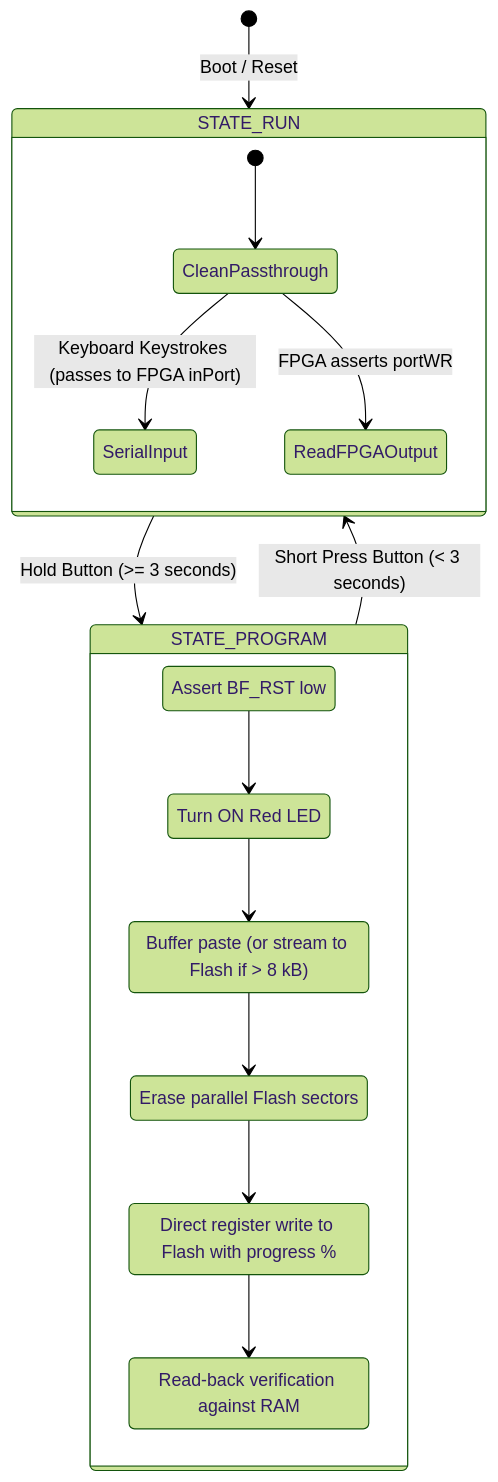
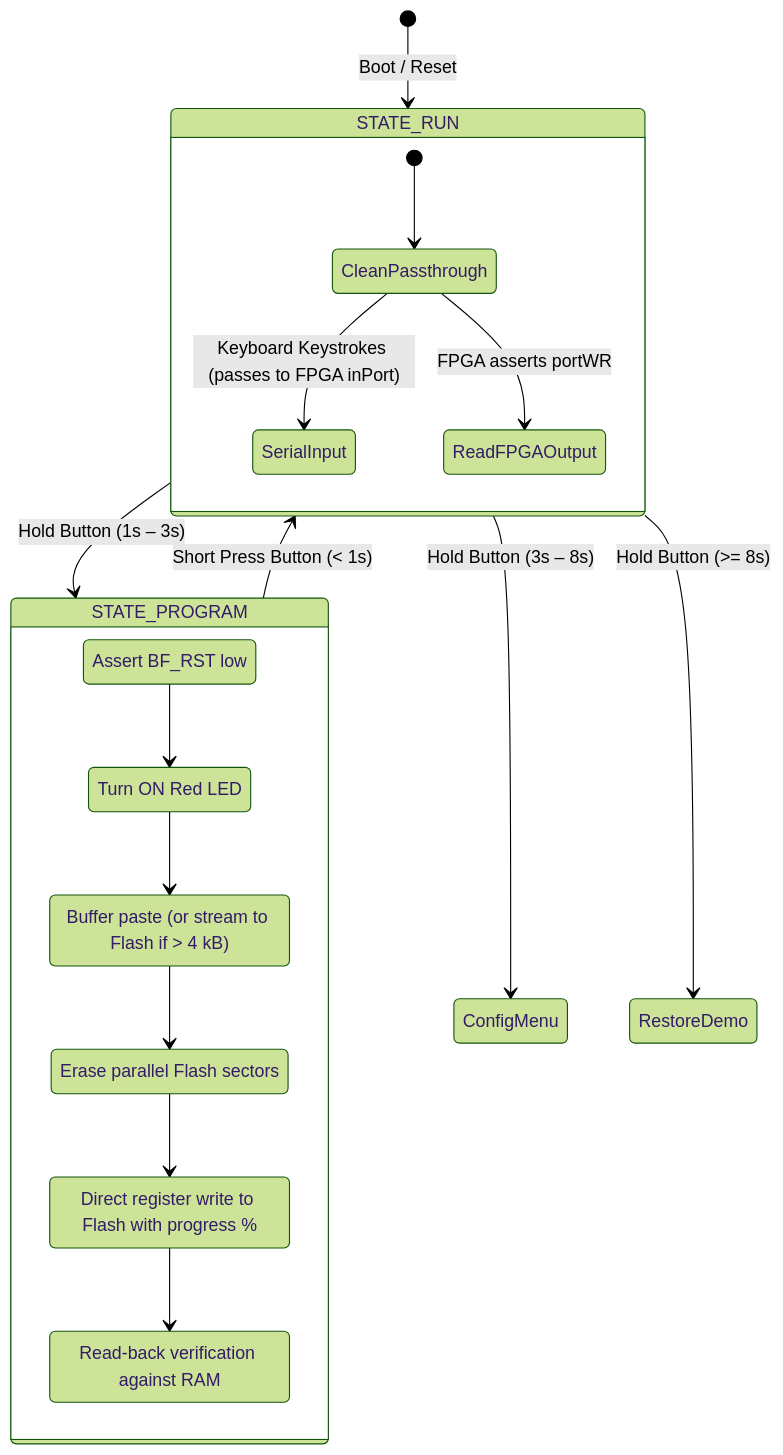
One commit to m-archibald/Brainfuino changed the diagram in documentation/docs/firmware/architecture.md. Above: the diagram before and after it, drawn with Mermaid (forest theme). The commit also changed other lines of this file and 4 other files, not shown here.

````diff
--- a/documentation/docs/firmware/architecture.md
+++ b/documentation/docs/firmware/architecture.md
@@ -17,28 +17,30 @@
 ```mermaid
 stateDiagram-v2
     [*] --> STATE_RUN: Boot / Reset
     
     state STATE_RUN {
         [*] --> CleanPassthrough
         CleanPassthrough --> SerialInput: Keyboard Keystrokes (passes to FPGA inPort)
         CleanPassthrough --> ReadFPGAOutput: FPGA asserts portWR
     }
     
-    STATE_RUN --> STATE_PROGRAM: Hold Button (>= 3 seconds)
+    STATE_RUN --> STATE_PROGRAM: Hold Button (1s – 3s)
     
     state STATE_PROGRAM {
         HoldReset: Assert BF_RST low
         StatusLED: Turn ON Red LED
-        RAMBuffer: Buffer paste (or stream to Flash if > 8 kB)
+        RAMBuffer: Buffer paste (or stream to Flash if > 4 kB)
         EraseROM: Erase parallel Flash sectors
         FastWriteROM: Direct register write to Flash with progress %
         VerifyROM: Read-back verification against RAM
         HoldReset --> StatusLED
         StatusLED --> RAMBuffer
         RAMBuffer --> EraseROM
         EraseROM --> FastWriteROM
         FastWriteROM --> VerifyROM
     }
     
-    STATE_PROGRAM --> STATE_RUN: Short Press Button (< 3 seconds)
+    STATE_PROGRAM --> STATE_RUN: Short Press Button (< 1s)
+    STATE_RUN --> ConfigMenu: Hold Button (3s – 8s)
+    STATE_RUN --> RestoreDemo: Hold Button (>= 8s)
 ```
````
